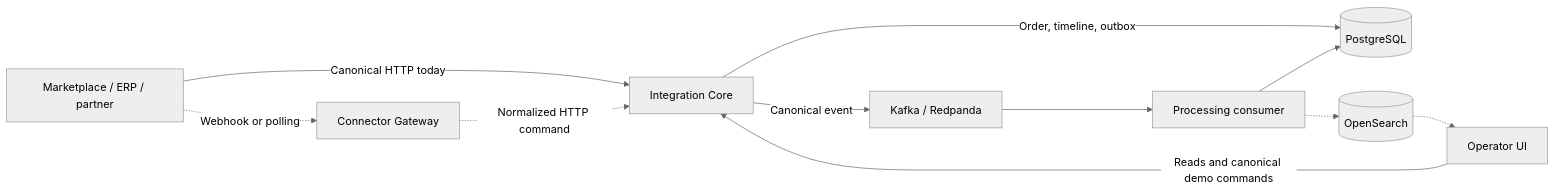
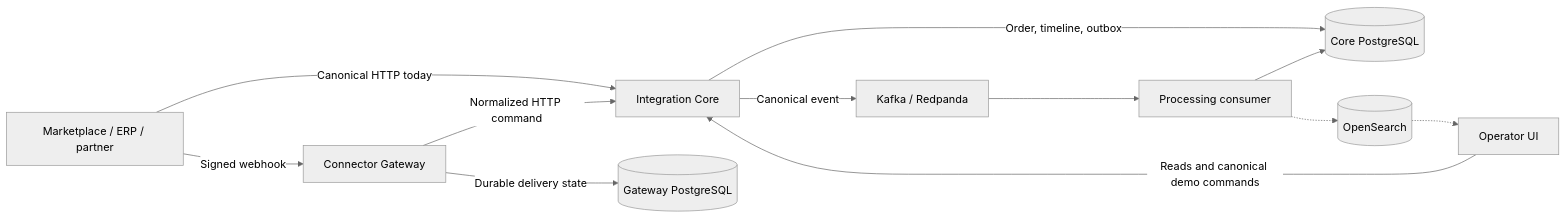
One commit to PietroRussoD/commerce-integration-hub changed the diagram in docs/product-overview.md. Above: the diagram before and after it, drawn with Mermaid (neutral theme). The commit also changed other lines of this file and 2 other files, not shown here.

Commit message:
📝 Update gateway runtime documentation

````diff
--- a/docs/product-overview.md
+++ b/docs/product-overview.md
@@ -45,21 +45,23 @@
 ```mermaid
 flowchart LR
     Source[Marketplace / ERP / partner]
     Gateway[Connector Gateway]
     Core[Integration Core]
-    Database[(PostgreSQL)]
+    GatewayDatabase[(Gateway PostgreSQL)]
+    CoreDatabase[(Core PostgreSQL)]
     Broker[Kafka / Redpanda]
     Processor[Processing consumer]
     Search[(OpenSearch)]
     UI[Operator UI]
     Source -->|Canonical HTTP today| Core
-    Source -.->|Webhook or polling| Gateway
-    Gateway -.->|Normalized HTTP command| Core
-    Core -->|Order, timeline, outbox| Database
+    Source -->|Signed webhook| Gateway
+    Gateway -->|Durable delivery state| GatewayDatabase
+    Gateway -->|Normalized HTTP command| Core
+    Core -->|Order, timeline, outbox| CoreDatabase
     Core -->|Canonical event| Broker
     Broker --> Processor
-    Processor --> Database
+    Processor --> CoreDatabase
     Processor -.-> Search
     Search -.-> UI
     UI -->|Reads and canonical demo commands| Core
 ```
````
